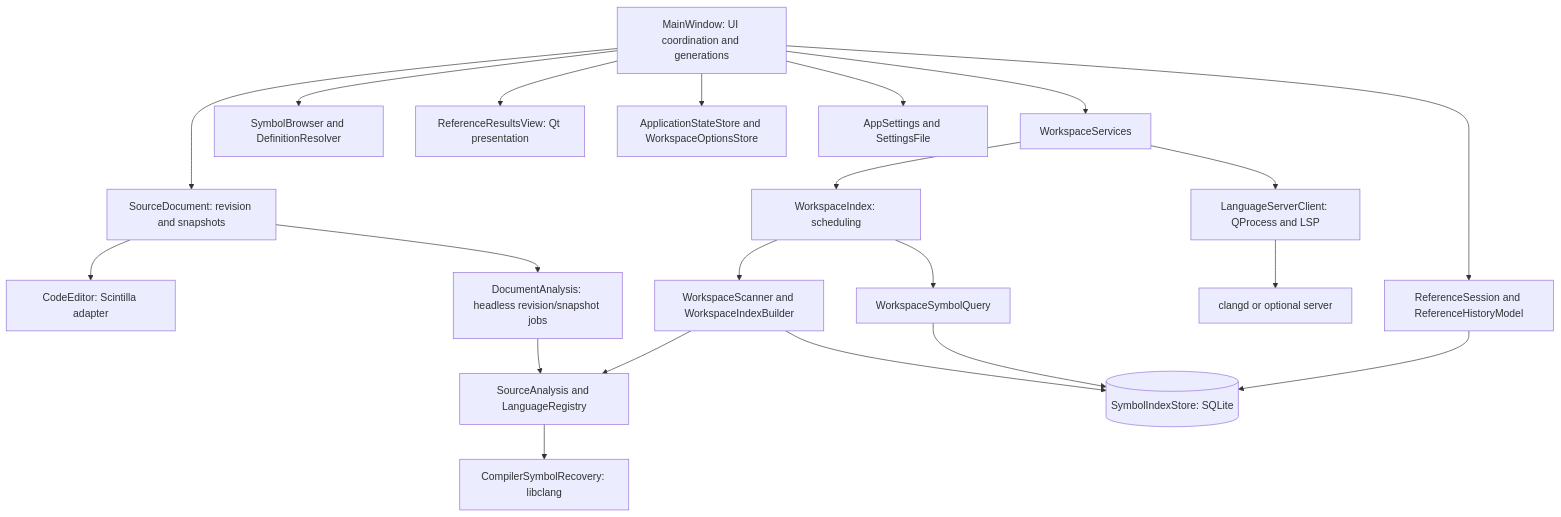
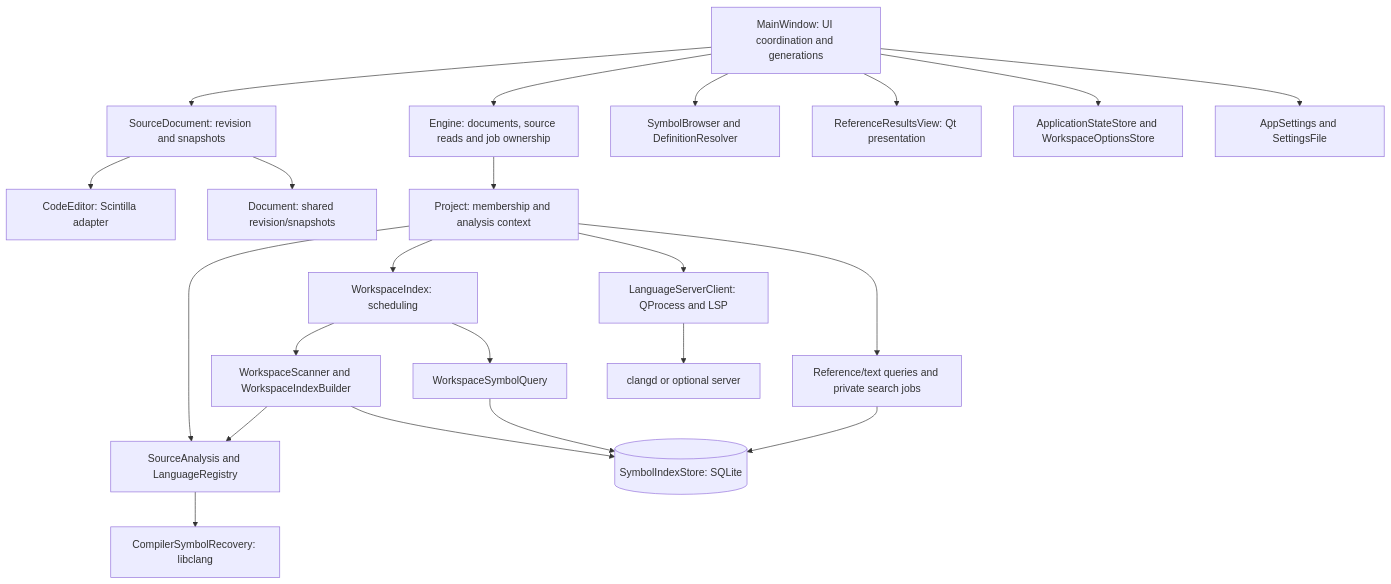
Before and after one commit to deepak-rawat/codecairn: the first of 4 diagrams in docs/DEVELOPER_GUIDE.md, drawn with Mermaid. The commit also changed other lines of this file and 63 other files, not shown here.

````diff
--- a/docs/DEVELOPER_GUIDE.md
+++ b/docs/DEVELOPER_GUIDE.md
@@ -156,23 +158,24 @@
 ```mermaid
 flowchart TD
     UI["MainWindow: UI coordination and generations"] --> DOC["SourceDocument: revision and snapshots"]
     DOC --> EDIT["CodeEditor: Scintilla adapter"]
-    DOC --> ANALYSIS["DocumentAnalysis: headless revision/snapshot jobs"]
-    ANALYSIS --> PARSE["SourceAnalysis and LanguageRegistry"]
+    DOC --> TEXT["Document: shared revision/snapshots"]
+    UI --> ENGINE["Engine: documents, source reads and job ownership"]
+    ENGINE --> SERVICES["Project: membership and analysis context"]
+    SERVICES --> PARSE["SourceAnalysis and LanguageRegistry"]
     PARSE --> COMP["CompilerSymbolRecovery: libclang"]
-    UI --> SERVICES["WorkspaceServices"]
     SERVICES --> INDEX["WorkspaceIndex: scheduling"]
     INDEX --> BUILD["WorkspaceScanner and WorkspaceIndexBuilder"]
     INDEX --> QUERY["WorkspaceSymbolQuery"]
     BUILD --> PARSE
     BUILD --> DB[("SymbolIndexStore: SQLite")]
     QUERY --> DB
     SERVICES --> LSP["LanguageServerClient: QProcess and LSP"]
     LSP --> SERVER["clangd or optional server"]
     UI --> BROWSER["SymbolBrowser and DefinitionResolver"]
-    UI --> REFS["ReferenceSession and ReferenceHistoryModel"]
+    SERVICES --> REFS["Reference/text queries and private search jobs"]
     REFS --> DB
     UI --> RESULTS["ReferenceResultsView: Qt presentation"]
     UI --> STATE["ApplicationStateStore and WorkspaceOptionsStore"]
     UI --> SETTINGS["AppSettings and SettingsFile"]
 ```
````
